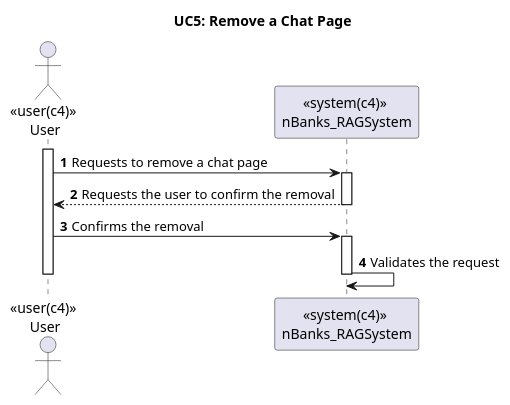
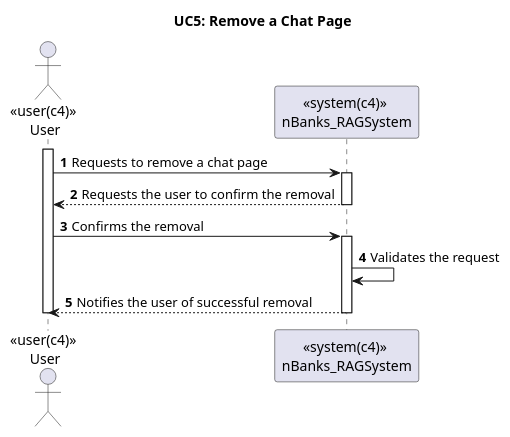
One commit to Ana6363/RAGSystem_Wiki changed the diagram in UC5/Level1.puml. Above: the diagram before and after it, drawn with PlantUML. The commit also changed 1 other file, not shown here.

Commit message:
changes made to diagram

```diff
--- a/UC5/Level1.puml
+++ b/UC5/Level1.puml
@@ -1,22 +1,23 @@
 @startuml
 
 title UC5: Remove a Chat Page
 
 
 autonumber
 
 actor "<<user(c4)>> \nUser" as user
 participant "<<system(c4)>> \nnBanks_RAGSystem" as sys
 
 activate user
 user -> sys : Requests to remove a chat page
 activate sys
 sys --> user: Requests the user to confirm the removal
 deactivate sys
 user -> sys : Confirms the removal
 activate sys
 sys -> sys : Validates the request
+sys --> user: Notifies the user of successful removal
 deactivate sys
 deactivate user
 
 @enduml
```
